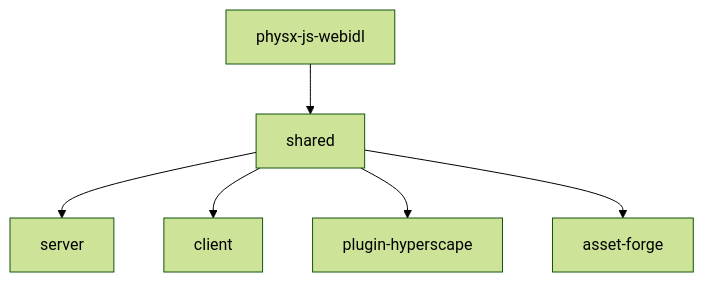
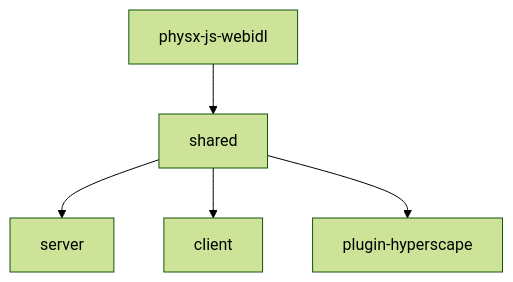
Before and after one commit to HyperscapeAI/docs: the diagram in architecture.mdx, drawn with Mermaid (forest theme). The commit also changed other lines of this file and 29 other files, not shown here.

````diff
--- a/architecture.mdx
+++ b/architecture.mdx
@@ -26,8 +30,7 @@
 ```mermaid
 flowchart TD
     A[physx-js-webidl] --> B[shared]
     B --> C[server]
     B --> D[client]
     B --> E[plugin-hyperscape]
-    B --> F[asset-forge]
 ```
````
